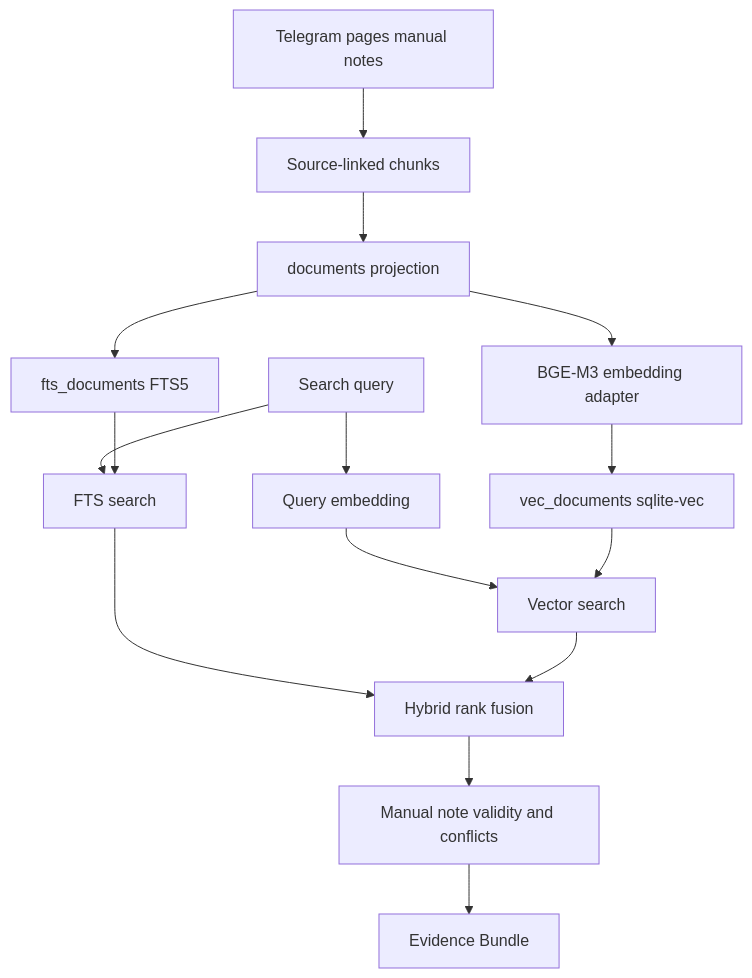
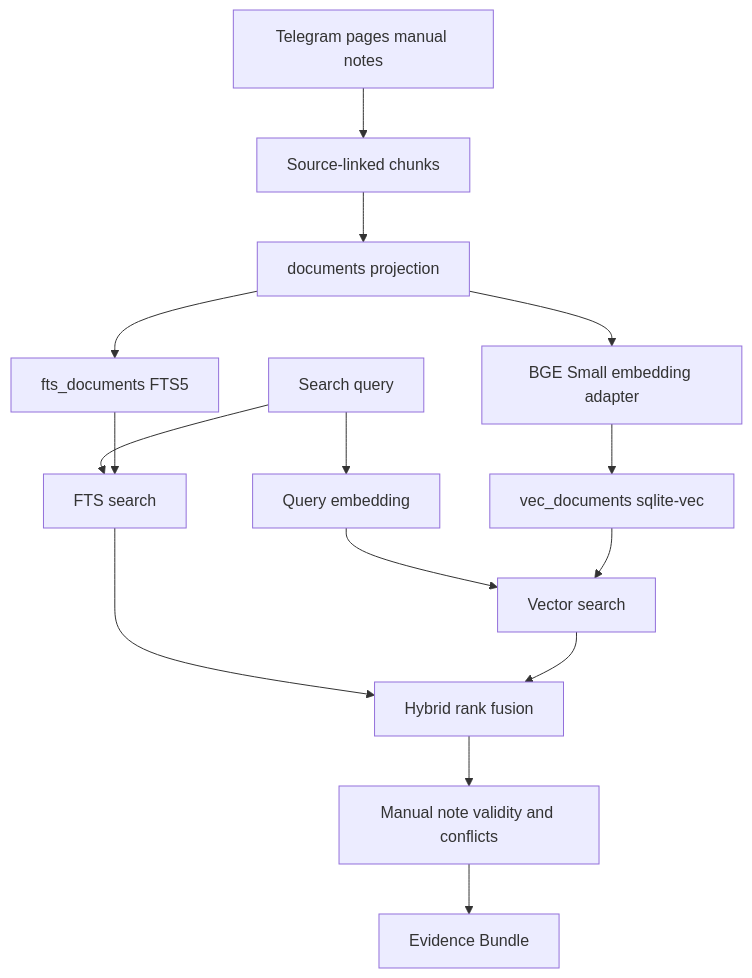
One commit to igorrendulic/tg-customer-support-plugin changed the diagram in docs/plans/2026-06-25-005-feat-sqlite-hybrid-search-plan.md. Above: the diagram before and after it, drawn with Mermaid. The commit also changed other lines of this file and 15 other files, not shown here.

Commit message:
fix: switch retrieval to bge-small

````diff
--- a/docs/plans/2026-06-25-005-feat-sqlite-hybrid-search-plan.md
+++ b/docs/plans/2026-06-25-005-feat-sqlite-hybrid-search-plan.md
@@ -65,17 +65,17 @@
 ```mermaid
 flowchart TB
   SRC[Telegram pages manual notes] --> CHUNK[Source-linked chunks]
   CHUNK --> DOC[documents projection]
   DOC --> FTS[fts_documents FTS5]
-  DOC --> EMBED[BGE-M3 embedding adapter]
+  DOC --> EMBED[BGE Small embedding adapter]
   EMBED --> VEC[vec_documents sqlite-vec]
   QUERY[Search query] --> FTSQ[FTS search]
   QUERY --> QEMBED[Query embedding]
   QEMBED --> VECQ[Vector search]
   FTS --> FTSQ
   VEC --> VECQ
   FTSQ --> FUSE[Hybrid rank fusion]
   VECQ --> FUSE
   FUSE --> FILTER[Manual note validity and conflicts]
   FILTER --> EVIDENCE[Evidence Bundle]
 ```
````
